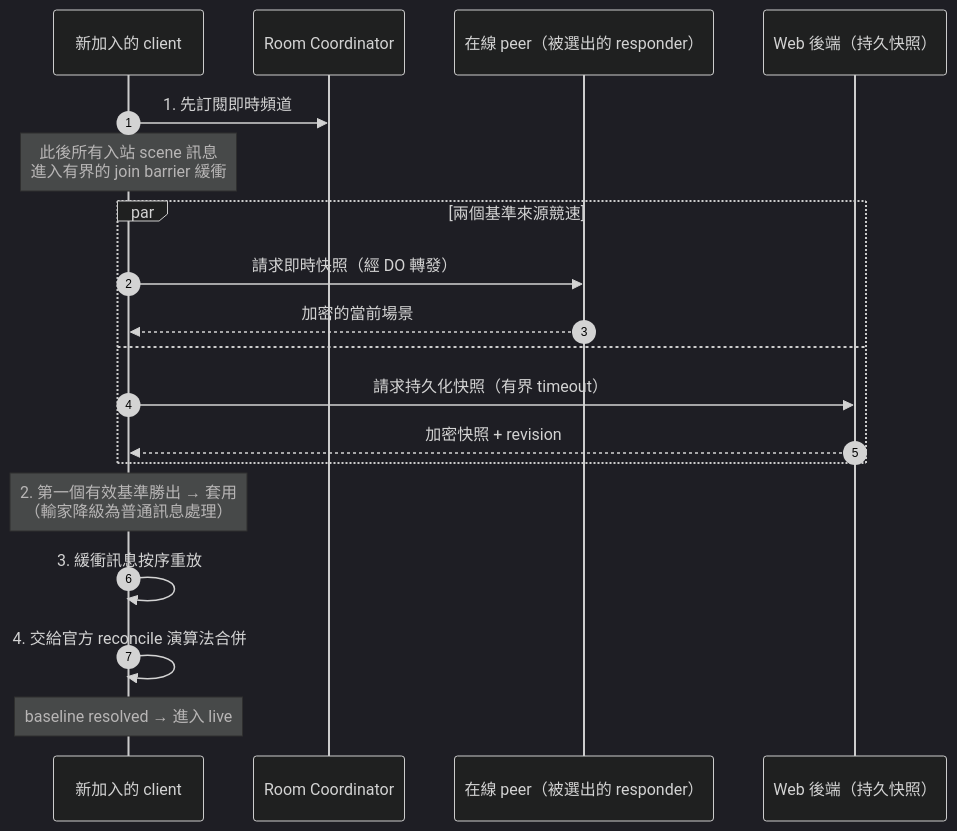
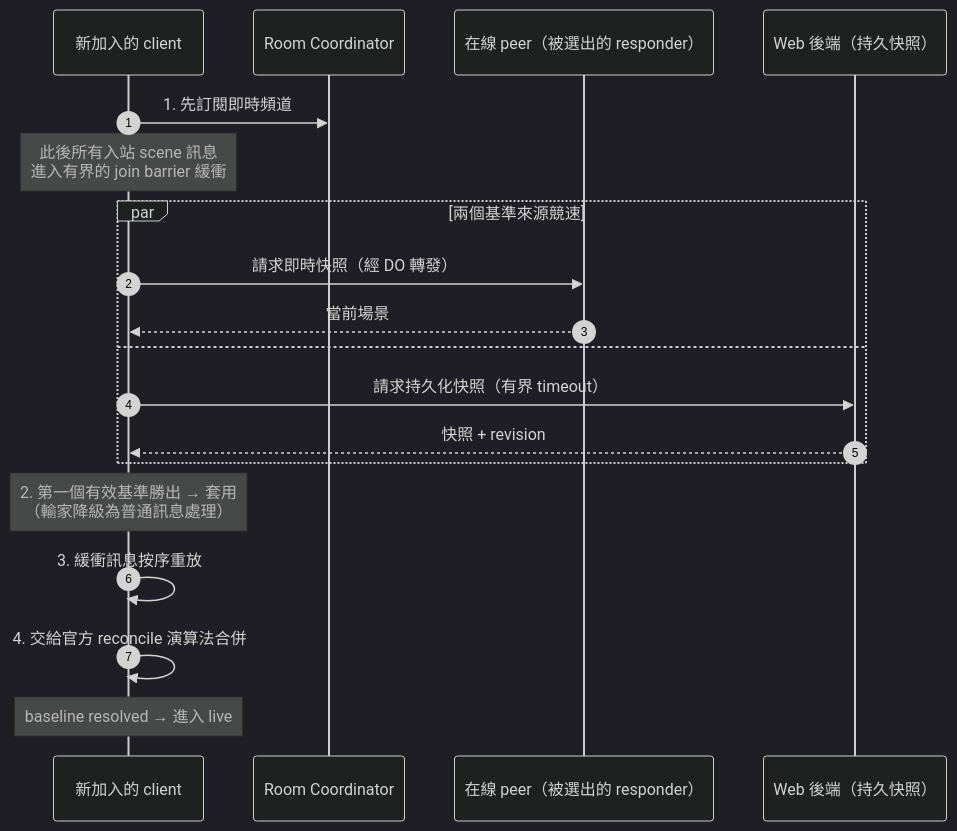
Before and after one commit to EricTsai83/drawstuff: the second of 3 diagrams in docs/system-design/realtime-room-coordination.md, drawn with Mermaid (dark theme). The commit also changed other lines of this file and 48 other files, not shown here.

````diff
--- a/docs/system-design/realtime-room-coordination.md
+++ b/docs/system-design/realtime-room-coordination.md
@@ -101,22 +99,22 @@
 ```mermaid
 sequenceDiagram
     autonumber
     participant N as 新加入的 client
     participant DO as Room Coordinator
     participant P as 在線 peer（被選出的 responder）
     participant W as Web 後端（持久快照）
 
     N->>DO: 1. 先訂閱即時頻道
     Note over N: 此後所有入站 scene 訊息<br/>進入有界的 join barrier 緩衝
     par 兩個基準來源競速
         N->>P: 請求即時快照（經 DO 轉發）
-        P-->>N: 加密的當前場景
+        P-->>N: 當前場景
     and
         N->>W: 請求持久化快照（有界 timeout）
-        W-->>N: 加密快照 + revision
+        W-->>N: 快照 + revision
     end
     Note over N: 2. 第一個有效基準勝出 → 套用<br/>（輸家降級為普通訊息處理）
     N->>N: 3. 緩衝訊息按序重放
     N->>N: 4. 交給官方 reconcile 演算法合併
     Note over N: baseline resolved → 進入 live
 ```
````
